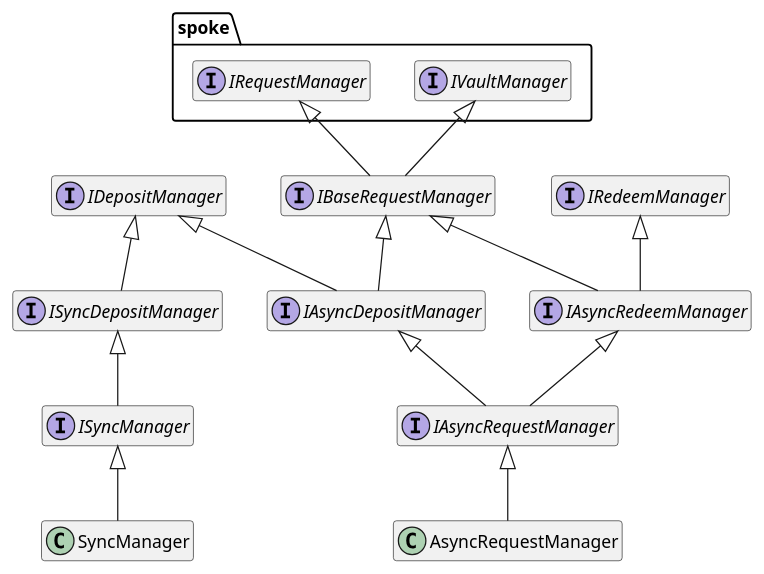
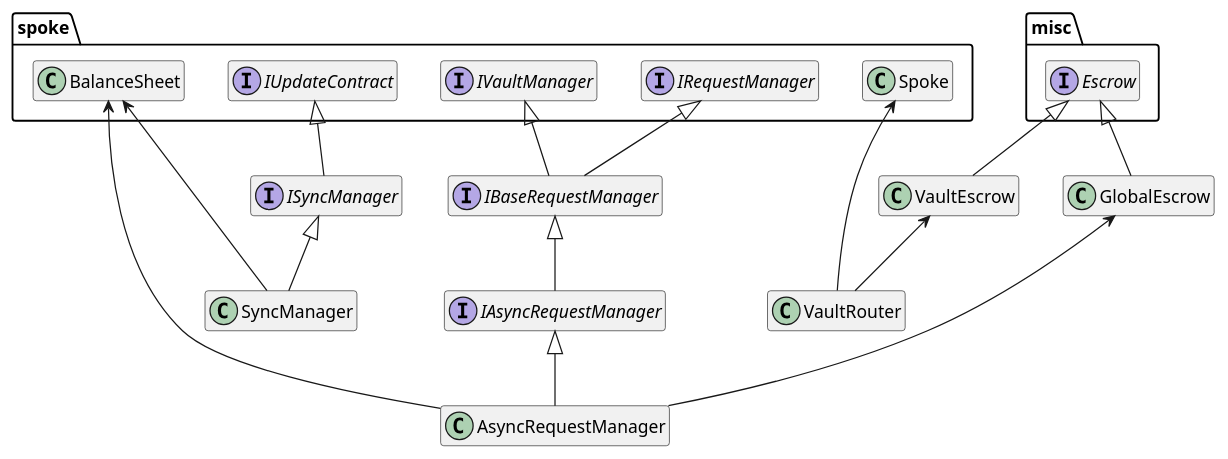
One commit to centrifuge/protocol changed the diagram in docs/architecture/vaults/managers.puml. Above: the diagram before and after it, drawn with PlantUML.

Commit message:
Update managers

```diff
--- a/docs/architecture/vaults/managers.puml
+++ b/docs/architecture/vaults/managers.puml
@@ -1,38 +1,43 @@
 @startuml
 hide empty members
 
+package misc {
+    interface Escrow
+}
+
 package spoke {
+    class Spoke
+    class BalanceSheet
+    interface IUpdateContract
     interface IVaultManager
     interface IRequestManager
 }
 
 interface IBaseRequestManager
 
-interface IDepositManager
-interface IRedeemManager
-
-interface IAsyncDepositManager
-interface ISyncDepositManager
-interface IAsyncRedeemManager
-
 interface IAsyncRequestManager
 interface ISyncManager
+
+class GlobalEscrow
+class VaultEscrow
 
 IBaseRequestManager -up-|> IRequestManager
 IBaseRequestManager -up-|> IVaultManager
 
-IAsyncDepositManager -up-|> IBaseRequestManager
-IAsyncDepositManager -up-|> IDepositManager
-ISyncDepositManager -up-|> IDepositManager
-IAsyncRedeemManager -up-|> IRedeemManager
-IAsyncRedeemManager -up-|> IBaseRequestManager
+IAsyncRequestManager -up-|> IBaseRequestManager
+ISyncManager -up-|> IUpdateContract
 
-IAsyncRequestManager -up-|> IAsyncDepositManager
-IAsyncRequestManager -up-|> IAsyncRedeemManager
+GlobalEscrow -up-|> Escrow
+VaultEscrow -up-|> Escrow
 
-ISyncManager -up-|> ISyncDepositManager
+AsyncRequestManager -up--> GlobalEscrow
+AsyncRequestManager -up--> BalanceSheet
+AsyncRequestManager -up-|> IAsyncRequestManager
 
-AsyncRequestManager -up-|> IAsyncRequestManager
 SyncManager -up-|> ISyncManager
+SyncManager -up--> BalanceSheet
+
+VaultRouter -up-> VaultEscrow
+VaultRouter -up-> Spoke
 
 @enduml
```
